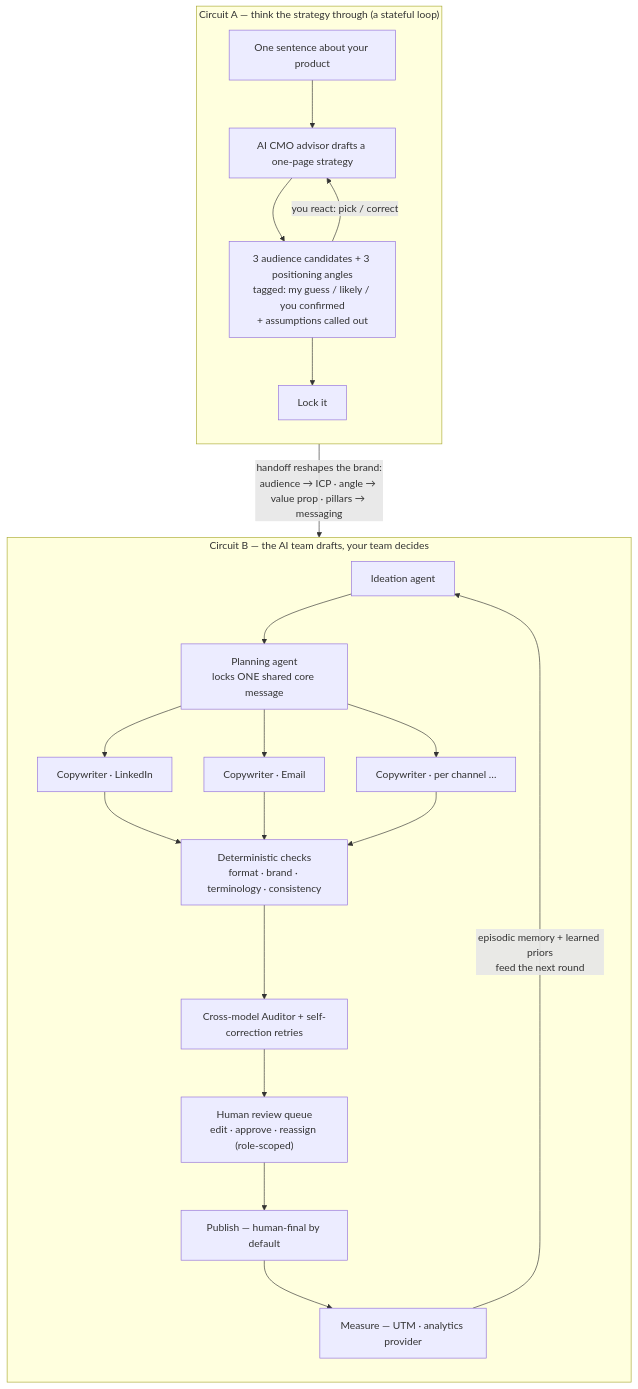
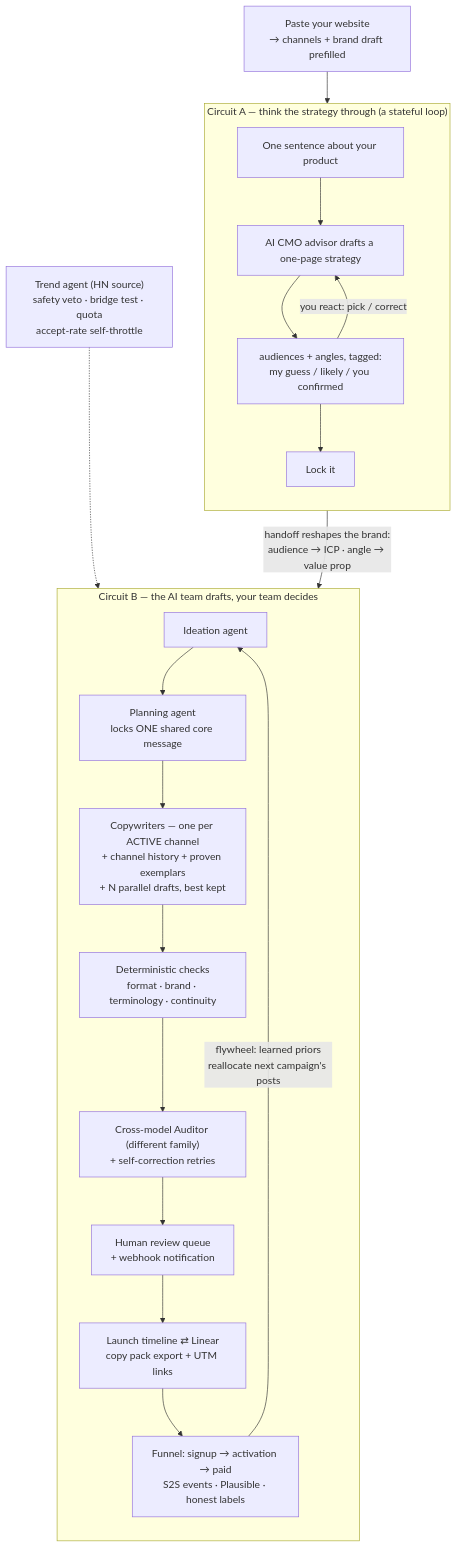
The diagram in README.md (JiimS66/reelmatrix), drawn with Mermaid before and after one commit. The commit also changed other lines of this file and 9 other files, not shown here.

````diff
--- a/README.md
+++ b/README.md
@@ -41,28 +49,28 @@
 ```mermaid
 flowchart TB
+    onboard["Paste your website<br/>→ channels + brand draft prefilled"] --> loopA
+
     subgraph loopA["Circuit A — think the strategy through (a stateful loop)"]
         direction TB
         idea["One sentence about your product"] --> advisor["AI CMO advisor drafts a one-page strategy"]
-        advisor --> offer["3 audience candidates + 3 positioning angles<br/>tagged: my guess / likely / you confirmed<br/>+ assumptions called out"]
+        advisor --> offer["audiences + angles, tagged:<br/>my guess / likely / you confirmed"]
         offer -- "you react: pick / correct" --> advisor
         offer --> lock["Lock it"]
     end
 
-    lock -- "handoff reshapes the brand:<br/>audience → ICP · angle → value prop · pillars → messaging" --> ideation
+    lock -- "handoff reshapes the brand:<br/>audience → ICP · angle → value prop" --> ideation
 
     subgraph loopB["Circuit B — the AI team drafts, your team decides"]
         direction TB
         ideation["Ideation agent"] --> planning["Planning agent<br/>locks ONE shared core message"]
-        planning --> cwA["Copywriter · LinkedIn"]
-        planning --> cwB["Copywriter · Email"]
-        planning --> cwC["Copywriter · per channel …"]
-        cwA --> checks["Deterministic checks<br/>format · brand · terminology · consistency"]
-        cwB --> checks
-        cwC --> checks
-        checks --> audit["Cross-model Auditor + self-correction retries"]
-        audit --> review["Human review queue<br/>edit · approve · reassign (role-scoped)"]
-        review --> publish["Publish — human-final by default"]
-        publish --> measure["Measure — UTM · analytics provider"]
-        measure -- "episodic memory + learned priors<br/>feed the next round" --> ideation
+        planning --> cw["Copywriters — one per ACTIVE channel<br/>+ channel history + proven exemplars<br/>+ N parallel drafts, best kept"]
+        cw --> checks["Deterministic checks<br/>format · brand · terminology · continuity"]
+        checks --> audit["Cross-model Auditor (different family)<br/>+ self-correction retries"]
+        audit --> review["Human review queue<br/>+ webhook notification"]
+        review --> timeline["Launch timeline ⇄ Linear<br/>copy pack export + UTM links"]
+        timeline --> measure["Funnel: signup → activation → paid<br/>S2S events · Plausible · honest labels"]
+        measure -- "flywheel: learned priors<br/>reallocate next campaign's posts" --> ideation
     end
+
+    trends["Trend agent (HN source)<br/>safety veto · bridge test · quota<br/>accept-rate self-throttle"] -.-> review
 ```
````
